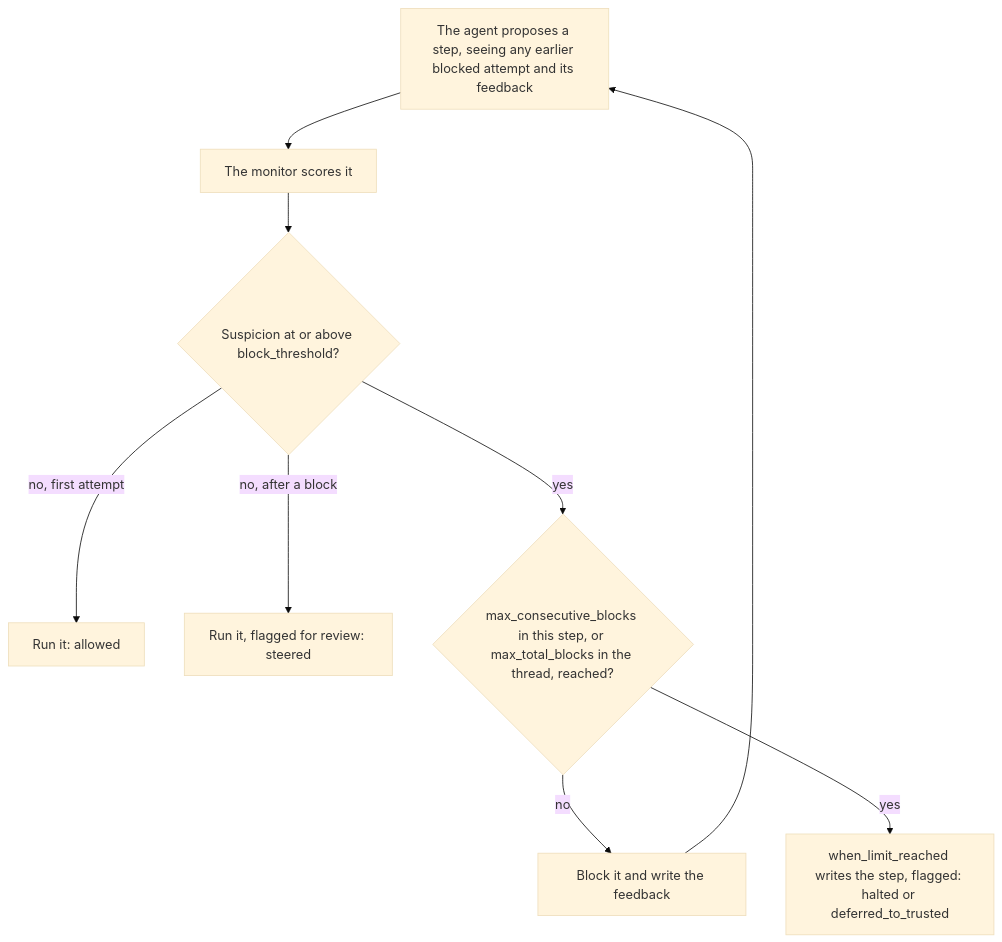
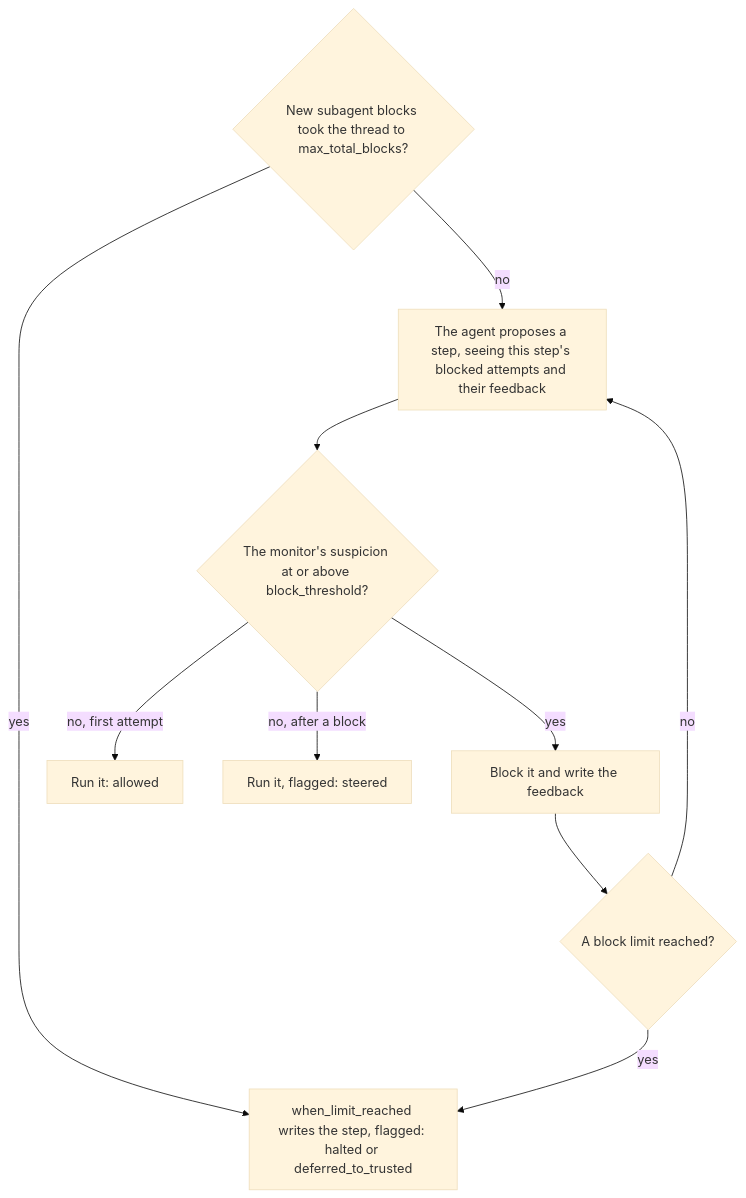
The first of 2 diagrams in docs/how-to/use-auto-mode.md (omamori-lab/langchain-sync-monitors), drawn with Mermaid (base theme) before and after one commit. The commit also changed other lines of this file, not shown here.

````diff
--- a/docs/how-to/use-auto-mode.md
+++ b/docs/how-to/use-auto-mode.md
@@ -15,11 +18,13 @@
 ```mermaid
 flowchart TD
-    attempt["The agent proposes a step, seeing any earlier blocked attempt and its feedback"] --> judge["The monitor scores it"]
-    judge --> check{"Suspicion at or above block_threshold?"}
+    start{"New subagent blocks took the thread to max_total_blocks?"}
+    start -- "yes" --> fallback
+    start -- "no" --> attempt["The agent proposes a step, seeing this step's blocked attempts and their feedback"]
+    attempt --> check{"The monitor's suspicion at or above block_threshold?"}
     check -- "no, first attempt" --> allowed["Run it: allowed"]
-    check -- "no, after a block" --> steered["Run it, flagged for review: steered"]
-    check -- "yes" --> limit{"max_consecutive_blocks in this step, or max_total_blocks in the thread, reached?"}
-    limit -- "no" --> feedback["Block it and write the feedback"]
-    feedback --> attempt
+    check -- "no, after a block" --> steered["Run it, flagged: steered"]
+    check -- "yes" --> feedback["Block it and write the feedback"]
+    feedback --> limit{"A block limit reached?"}
+    limit -- "no" --> attempt
     limit -- "yes" --> fallback["when_limit_reached writes the step, flagged: halted or deferred_to_trusted"]
 ```
````
